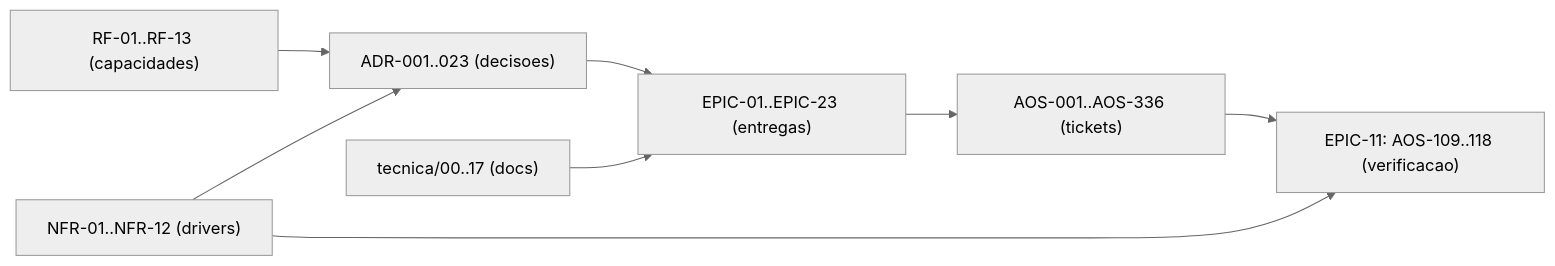
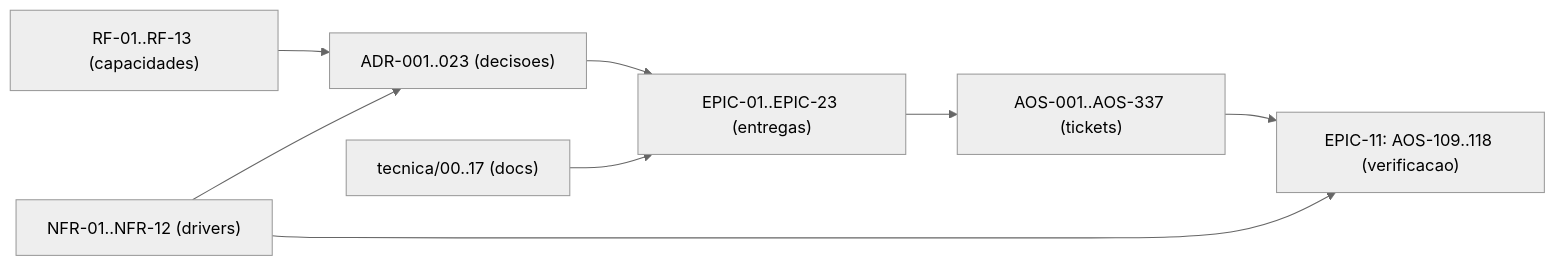
Before and after one commit to albinoJimy/aos: the diagram in tecnica/16_Rastreabilidade_RTM.md, drawn with Mermaid (neutral theme). The commit also changed other lines of this file, not shown here.

First line of the commit message:
docs(AOS-337): sincronizar a RTM com o ticket novo

````diff
--- a/tecnica/16_Rastreabilidade_RTM.md
+++ b/tecnica/16_Rastreabilidade_RTM.md
@@ -180,10 +180,10 @@
 ```mermaid
 flowchart LR
     RF["RF-01..RF-13 (capacidades)"] --> ADR["ADR-001..023 (decisoes)"]
     NFR["NFR-01..NFR-12 (drivers)"] --> ADR
     ADR --> EPIC["EPIC-01..EPIC-23 (entregas)"]
-    EPIC --> TICK["AOS-001..AOS-336 (tickets)"]
+    EPIC --> TICK["AOS-001..AOS-337 (tickets)"]
     DOC["tecnica/00..17 (docs)"] --> EPIC
     TICK --> TEST["EPIC-11: AOS-109..118 (verificacao)"]
     NFR --> TEST
 ```
````
